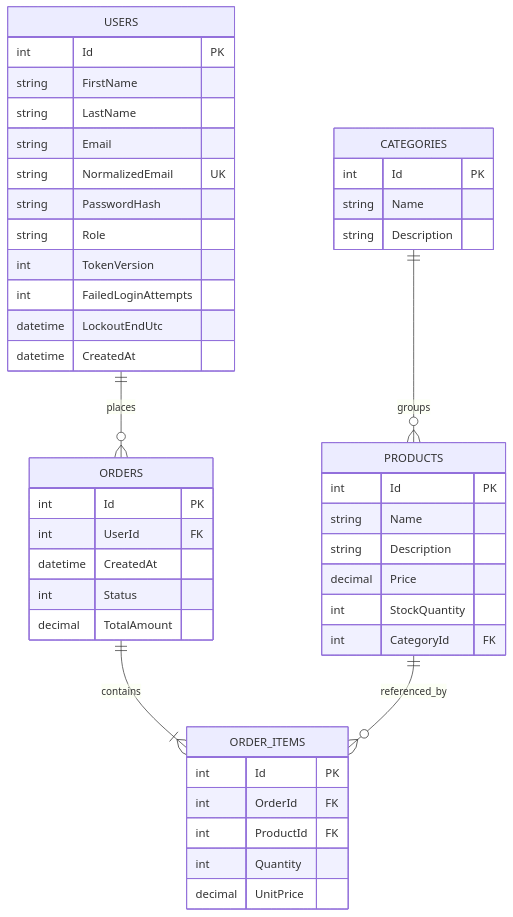
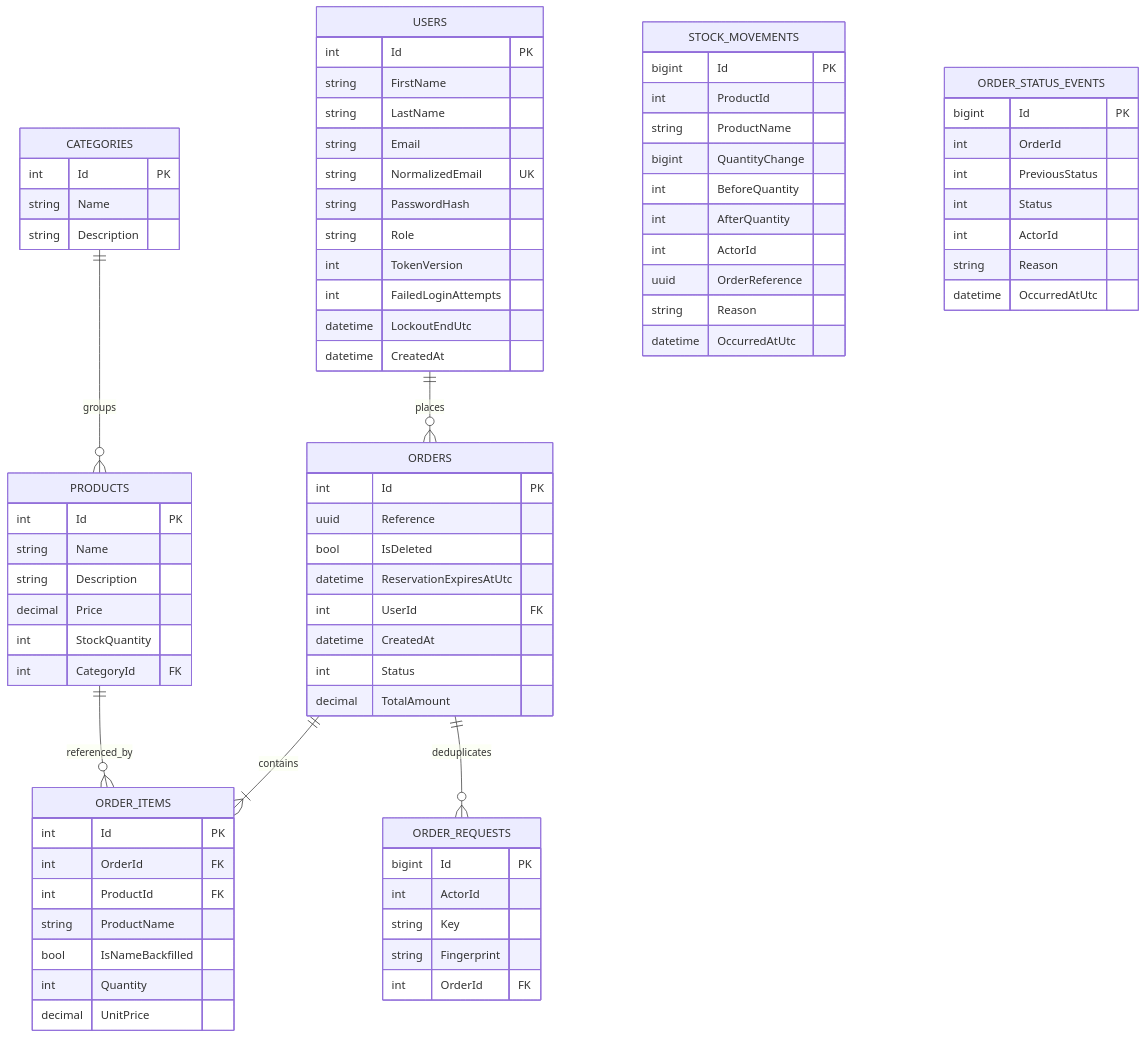
The diagram in README.md (devVHG1/StoreFlow), drawn with Mermaid before and after one commit. The commit also changed other lines of this file, not shown here.

Commit message:
Document current database schema and verified recovery checks

````diff
--- a/README.md
+++ b/README.md
@@ -423,47 +423,81 @@
 ```mermaid
 erDiagram
     USERS ||--o{ ORDERS : places
     ORDERS ||--|{ ORDER_ITEMS : contains
     PRODUCTS ||--o{ ORDER_ITEMS : referenced_by
     CATEGORIES ||--o{ PRODUCTS : groups
+    ORDERS ||--o{ ORDER_REQUESTS : deduplicates
     USERS {
         int Id PK
         string FirstName
         string LastName
         string Email
         string NormalizedEmail UK
         string PasswordHash
         string Role
         int TokenVersion
         int FailedLoginAttempts
         datetime LockoutEndUtc
         datetime CreatedAt
     }
     CATEGORIES {
         int Id PK
         string Name
         string Description
     }
     PRODUCTS {
         int Id PK
         string Name
         string Description
         decimal Price
         int StockQuantity
         int CategoryId FK
     }
     ORDERS {
         int Id PK
+        uuid Reference
+        bool IsDeleted
+        datetime ReservationExpiresAtUtc
         int UserId FK
         datetime CreatedAt
         int Status
         decimal TotalAmount
     }
     ORDER_ITEMS {
         int Id PK
         int OrderId FK
         int ProductId FK
+        string ProductName
+        bool IsNameBackfilled
         int Quantity
         decimal UnitPrice
     }
+    ORDER_REQUESTS {
+        bigint Id PK
+        int ActorId
+        string Key
+        string Fingerprint
+        int OrderId FK
+    }
+    STOCK_MOVEMENTS {
+        bigint Id PK
+        int ProductId
+        string ProductName
+        bigint QuantityChange
+        int BeforeQuantity
+        int AfterQuantity
+        int ActorId
+        uuid OrderReference
+        string Reason
+        datetime OccurredAtUtc
+    }
+    ORDER_STATUS_EVENTS {
+        bigint Id PK
+        int OrderId
+        int PreviousStatus
+        int Status
+        int ActorId
+        string Reason
+        datetime OccurredAtUtc
+    }
 ```
````
